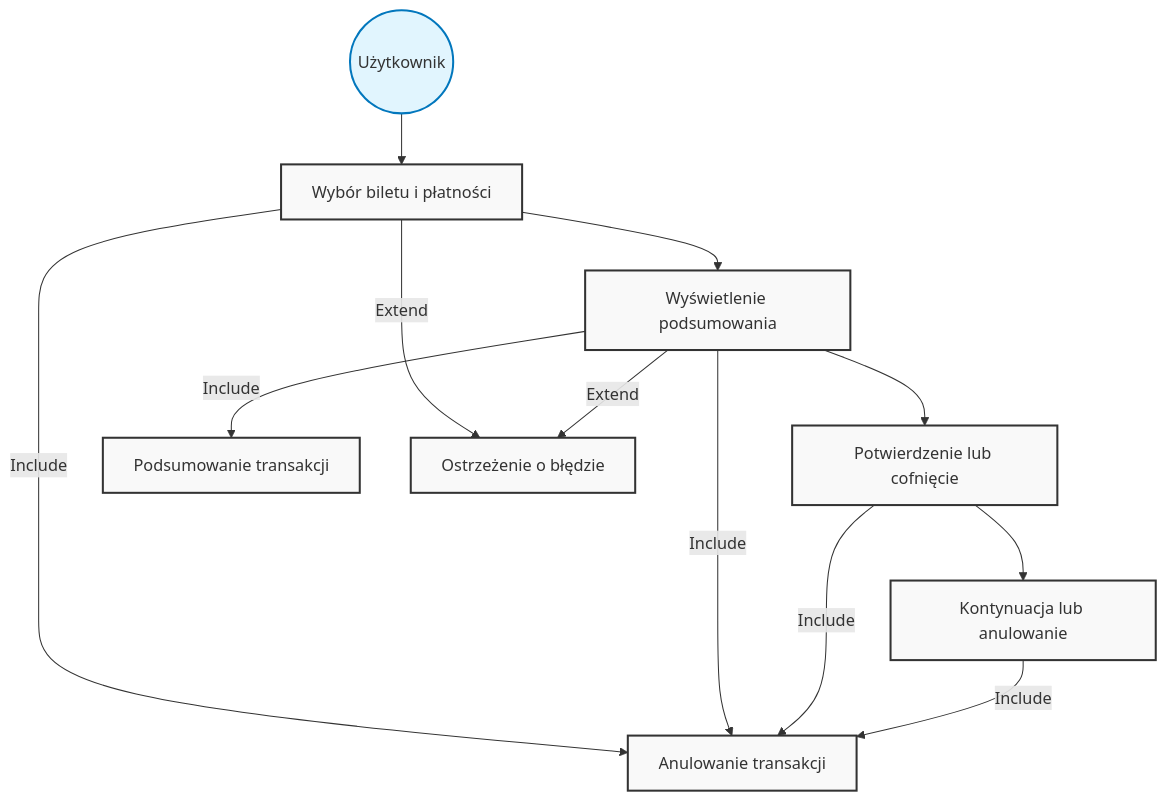
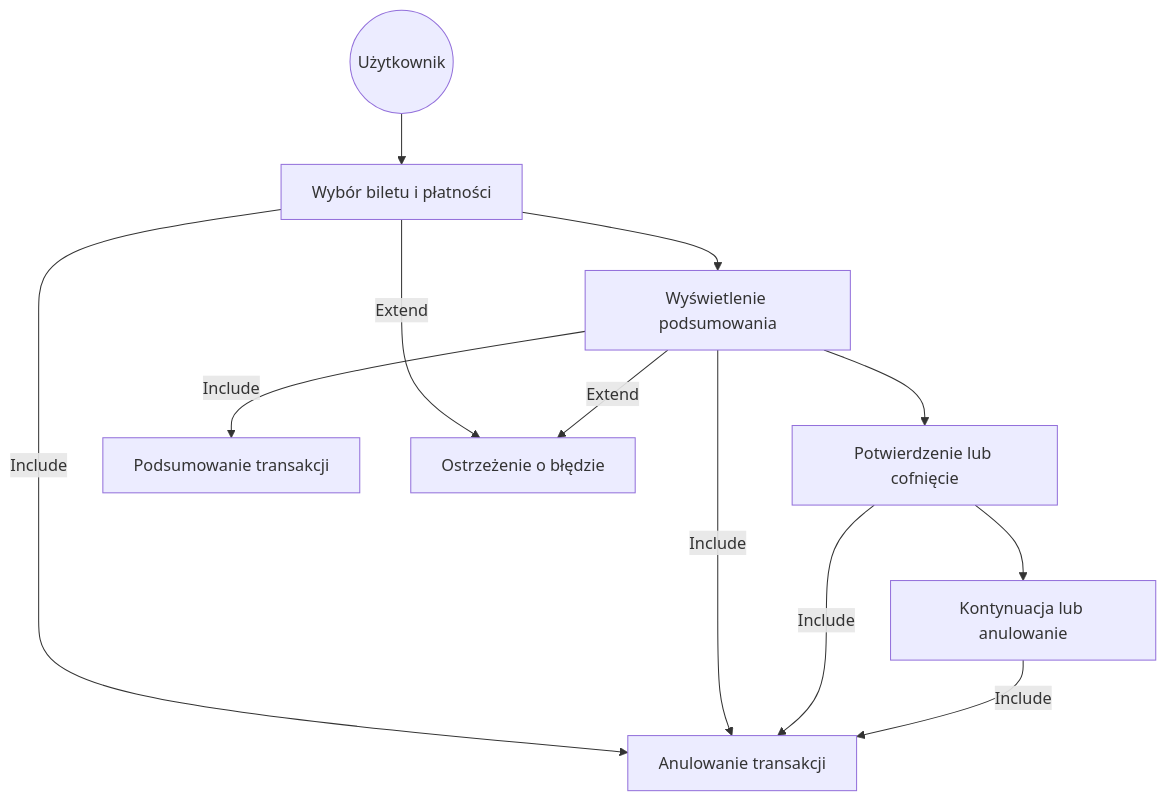
Before and after one commit to andrew967/MWO: the third of 3 diagrams in użytkownik.md, drawn with Mermaid.

````diff
--- a/użytkownik.md
+++ b/użytkownik.md
@@ -57,36 +57,32 @@
 ```mermaid
 flowchart TD
     U((Użytkownik))
     
     %% Główne przypadki użycia
     A[Wybór biletu i płatności]
     B[Wyświetlenie podsumowania]
     C[Potwierdzenie lub cofnięcie]
     D[Kontynuacja lub anulowanie]
     
     %% Relacje Include
     E[Podsumowanie transakcji]
     F[Anulowanie transakcji]
     
     %% Relacja Extend
     G[Ostrzeżenie o błędzie]
     
     %% Połączenia głównego przepływu
     U --> A
     A --> B
     B --> C
     C --> D
     
     %% Relacje Include
     B -->|Include| E
     A & B & C & D -->|Include| F
     
     %% Relacja Extend
     A & B -->|Extend| G
-    
-    %% Stylizacja
-    classDef default fill:#f9f9f9,stroke:#333,stroke-width:2px
-    classDef actor fill:#e1f5fe,stroke:#0277bd,stroke-width:2px
-    class U actor
+
 
 ```
````
